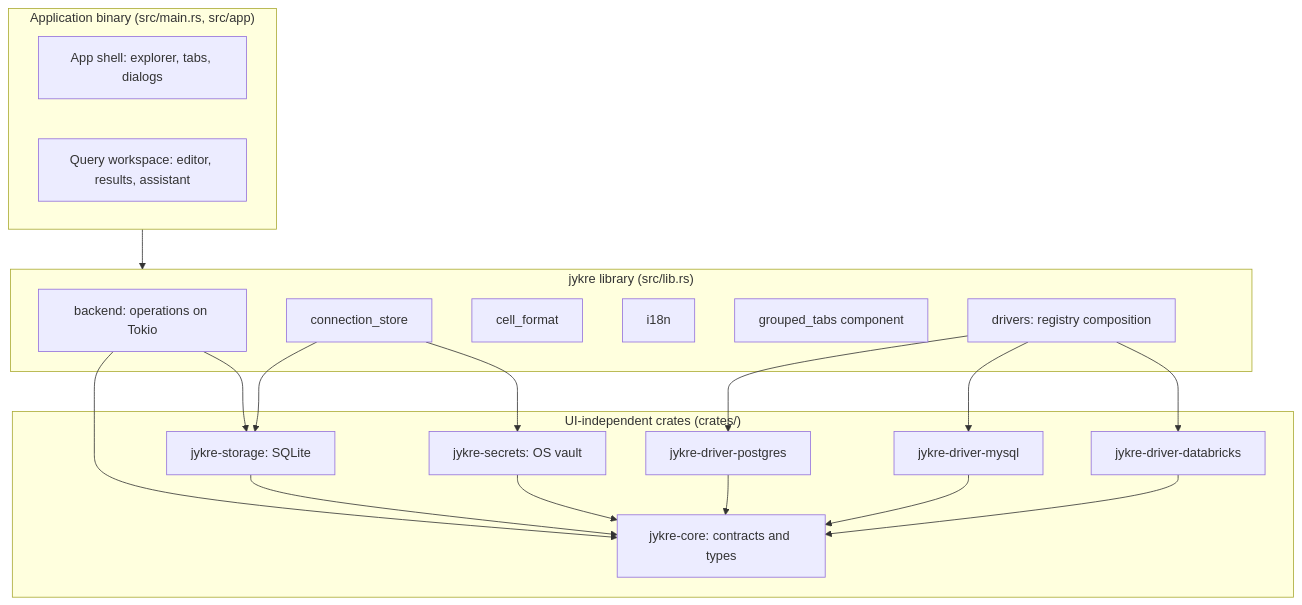
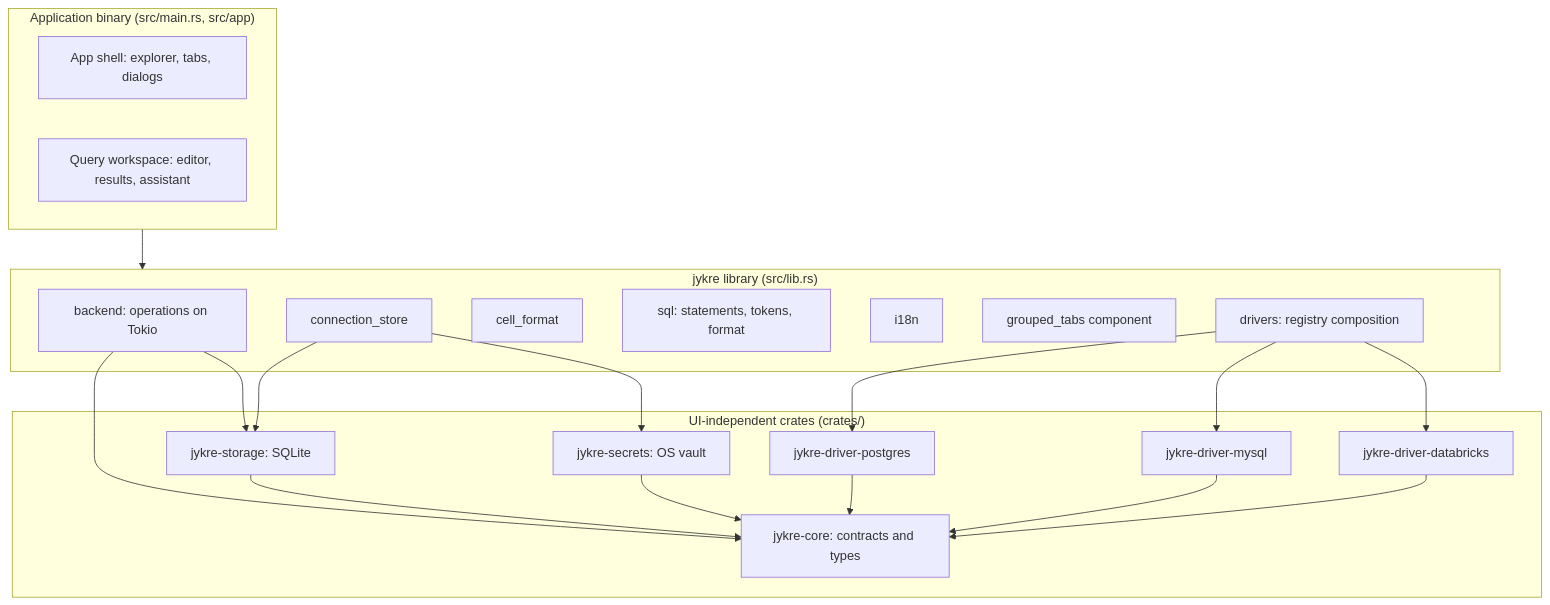
The first of 2 diagrams in docs/architecture.md (alandariva/jovru), drawn with Mermaid before and after one commit. The commit also changed other lines of this file and 4 other files, not shown here.

````diff
--- a/docs/architecture.md
+++ b/docs/architecture.md
@@ -11,39 +11,40 @@
 ```mermaid
 flowchart TB
     subgraph Bin["Application binary (src/main.rs, src/app)"]
         Shell[App shell: explorer, tabs, dialogs]
         Workspace[Query workspace: editor, results, assistant]
     end
 
     subgraph Lib["jykre library (src/lib.rs)"]
         Backend[backend: operations on Tokio]
         Store[connection_store]
         Format[cell_format]
+        Sql[sql: statements, tokens, format]
         I18n[i18n]
         Tabs[grouped_tabs component]
         Drivers[drivers: registry composition]
     end
 
     subgraph Crates["UI-independent crates (crates/)"]
         Core[jykre-core: contracts and types]
         Storage[jykre-storage: SQLite]
         Secrets[jykre-secrets: OS vault]
         PG[jykre-driver-postgres]
         MY[jykre-driver-mysql]
         DBX[jykre-driver-databricks]
     end
 
     Bin --> Lib
     Backend --> Core
     Backend --> Storage
     Store --> Storage
     Store --> Secrets
     Drivers --> PG
     Drivers --> MY
     Drivers --> DBX
     Storage --> Core
     Secrets --> Core
     PG --> Core
     MY --> Core
     DBX --> Core
 ```
````
